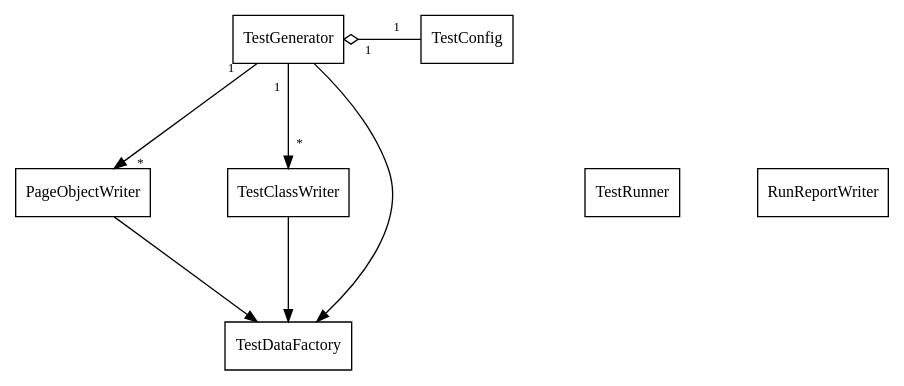
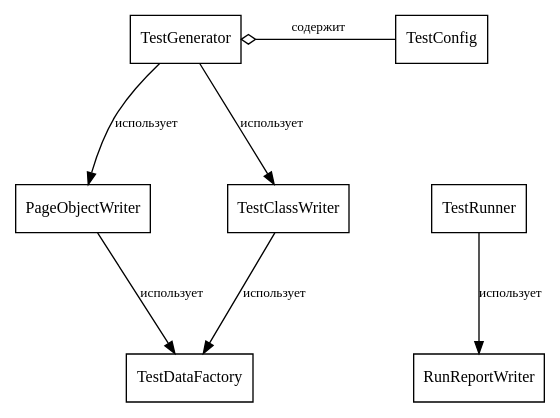
One commit to nastolbov/AutoTestGeneratorUpdate changed the diagram in diagrams/cls_generator_refined.dot. Above: the diagram before and after it, drawn with Graphviz. The commit also changed 7 other files, not shown here.

First line of the commit message:
docs(diagrams): исправить связи в диаграммах классов generator и parser

```diff
--- a/diagrams/cls_generator_refined.dot
+++ b/diagrams/cls_generator_refined.dot
@@ -1,22 +1,23 @@
 digraph cls_generator_refined {
     rankdir=TB; fontname="Liberation Serif";
     nodesep=0.8; ranksep=1.1;
     node [fontname="Liberation Serif", fontsize=12, shape=box, style=filled, fillcolor=white];
     edge [color=black, fontname="Liberation Serif", fontsize=10, labeldistance=2.0, arrowsize=0.9];
 
     TC  [label="TestConfig"];
     TG  [label="TestGenerator"];
     POW [label="PageObjectWriter"];
     TCW [label="TestClassWriter"];
     TDF [label="TestDataFactory"];
     TR  [label="TestRunner"];
     RRW [label="RunReportWriter"];
-    TG -> TC [arrowtail=odiamond, dir=back, taillabel="1", headlabel="1"];
-    TG -> POW [taillabel="1", headlabel="*"];
-    TG -> TCW [taillabel="1", headlabel="*"];
-    TG -> TDF; POW -> TDF; TCW -> TDF;
+    TG -> TC [arrowtail=odiamond, dir=back, label="содержит"];
+    TG -> POW [label="использует"];
+    TG -> TCW [label="использует"];
+    POW -> TDF [label="использует"]; TCW -> TDF [label="использует"];
+    TR -> RRW [label="использует"];
     { rank=same; TC; TG; }
-    { rank=same; POW; TCW; TR; RRW; }
-    { rank=same; TDF; }
+    { rank=same; POW; TCW; TR; }
+    { rank=same; TDF; RRW; }
 
 }
```
